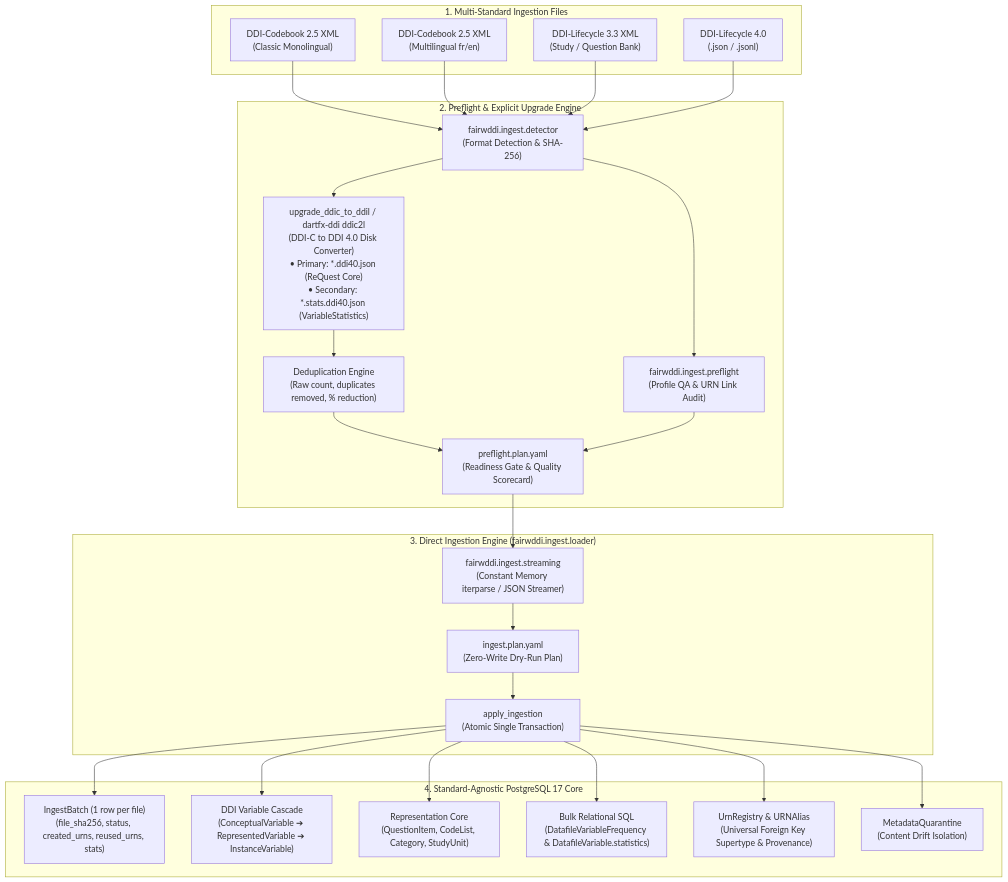
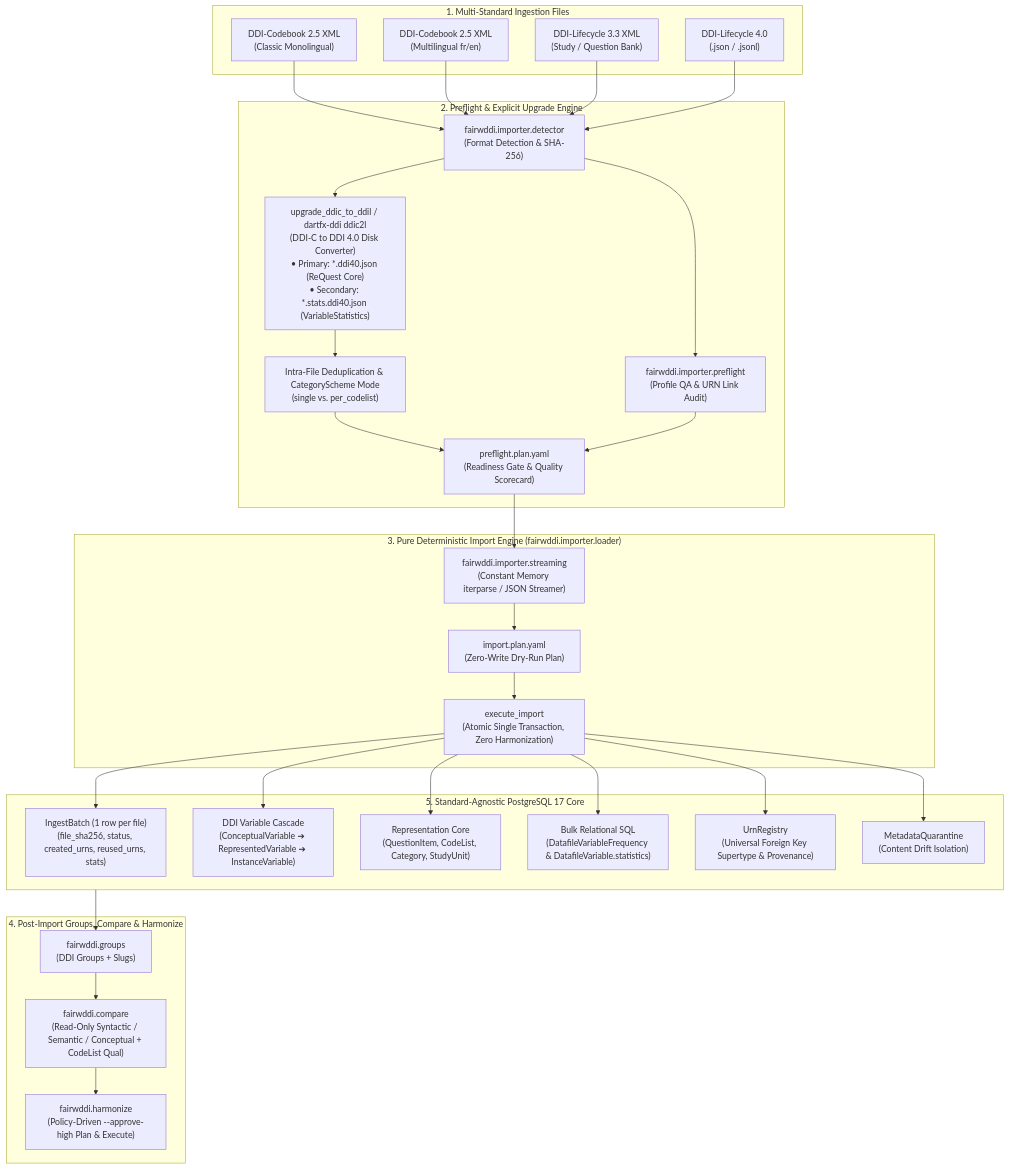
The diagram in deliverables/research/summary.md (PlgaH/fairwddi-wp3-3), drawn with Mermaid before and after one commit. The commit also changed other lines of this file and 163 other files, not shown here.

Commit message:
refactor: restructure ingestion module into compare, groups, harmonize, and importer modules and update docs

````diff
--- a/deliverables/research/summary.md
+++ b/deliverables/research/summary.md
@@ -27,37 +27,44 @@
 ```mermaid
 flowchart TD
     subgraph MultiStandardIn ["1. Multi-Standard Ingestion Files"]
         DDIC["DDI-Codebook 2.5 XML\n(Classic Monolingual)"]
         DDIC_ML["DDI-Codebook 2.5 XML\n(Multilingual fr/en)"]
         DDIL33["DDI-Lifecycle 3.3 XML\n(Study / Question Bank)"]
         DDIL4["DDI-Lifecycle 4.0\n(.json / .jsonl)"]
     end
 
     subgraph PreflightPhase ["2. Preflight & Explicit Upgrade Engine"]
-        Detector["fairwddi.ingest.detector\n(Format Detection & SHA-256)"]
-        QA["fairwddi.ingest.preflight\n(Profile QA & URN Link Audit)"]
+        Detector["fairwddi.importer.detector\n(Format Detection & SHA-256)"]
+        QA["fairwddi.importer.preflight\n(Profile QA & URN Link Audit)"]
         Upgrade["upgrade_ddic_to_ddil / dartfx-ddi ddic2l\n(DDI-C to DDI 4.0 Disk Converter)\n• Primary: *.ddi40.json (ReQuest Core)\n• Secondary: *.stats.ddi40.json (VariableStatistics)"]
-        DedupeMetrics["Deduplication Engine\n(Raw count, duplicates removed, % reduction)"]
+        DedupeMetrics["Intra-File Deduplication & CategoryScheme Mode\n(single vs. per_codelist)"]
         PlanPre["preflight.plan.yaml\n(Readiness Gate & Quality Scorecard)"]
     end
 
-    subgraph IngestPhase ["3. Direct Ingestion Engine (fairwddi.ingest.loader)"]
-        Streaming["fairwddi.ingest.streaming\n(Constant Memory iterparse / JSON Streamer)"]
-        PlanIng["ingest.plan.yaml\n(Zero-Write Dry-Run Plan)"]
-        Apply["apply_ingestion\n(Atomic Single Transaction)"]
+    subgraph ImportPhase ["3. Pure Deterministic Import Engine (fairwddi.importer.loader)"]
+        Streaming["fairwddi.importer.streaming\n(Constant Memory iterparse / JSON Streamer)"]
+        PlanImp["import.plan.yaml\n(Zero-Write Dry-Run Plan)"]
+        ExecImp["execute_import\n(Atomic Single Transaction, Zero Harmonization)"]
     end
 
-    subgraph CoreStore ["4. Standard-Agnostic PostgreSQL 17 Core"]
+    subgraph PostImport ["4. Post-Import Groups, Compare & Harmonize"]
+        Groups["fairwddi.groups\n(DDI Groups + Slugs)"]
+        Compare["fairwddi.compare\n(Read-Only Syntactic / Semantic / Conceptual + CodeList Qual)"]
+        Harmonize["fairwddi.harmonize\n(Policy-Driven --approve-high Plan & Execute)"]
+    end
+
+    subgraph CoreStore ["5. Standard-Agnostic PostgreSQL 17 Core"]
         Receipt["IngestBatch (1 row per file)\n(file_sha256, status, created_urns, reused_urns, stats)"]
         Cascade["DDI Variable Cascade\n(ConceptualVariable ➔ RepresentedVariable ➔ InstanceVariable)"]
         Representation["Representation Core\n(QuestionItem, CodeList, Category, StudyUnit)"]
         Frequencies["Bulk Relational SQL\n(DatafileVariableFrequency & DatafileVariable.statistics)"]
-        Registry["UrnRegistry & URNAlias\n(Universal Foreign Key Supertype & Provenance)"]
+        Registry["UrnRegistry\n(Universal Foreign Key Supertype & Provenance)"]
         Quarantine["MetadataQuarantine\n(Content Drift Isolation)"]
     end
 
     DDIC & DDIC_ML --> Detector --> Upgrade --> DedupeMetrics --> PlanPre
     DDIL33 & DDIL4 --> Detector --> QA --> PlanPre
-    PlanPre --> Streaming --> PlanIng --> Apply
-    Apply --> Receipt & Cascade & Representation & Frequencies & Registry & Quarantine
+    PlanPre --> Streaming --> PlanImp --> ExecImp
+    ExecImp --> Receipt & Cascade & Representation & Frequencies & Registry & Quarantine
+    CoreStore --> Groups --> Compare --> Harmonize
 ```
````
